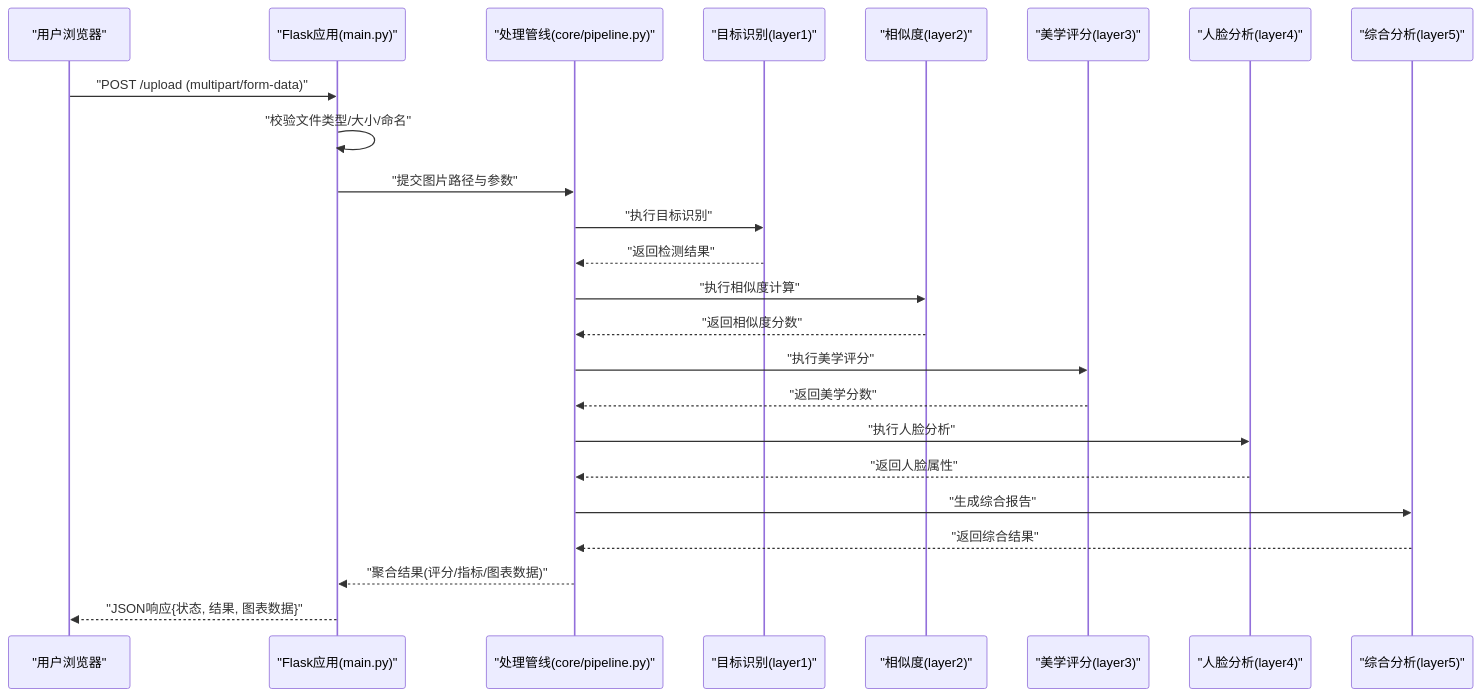
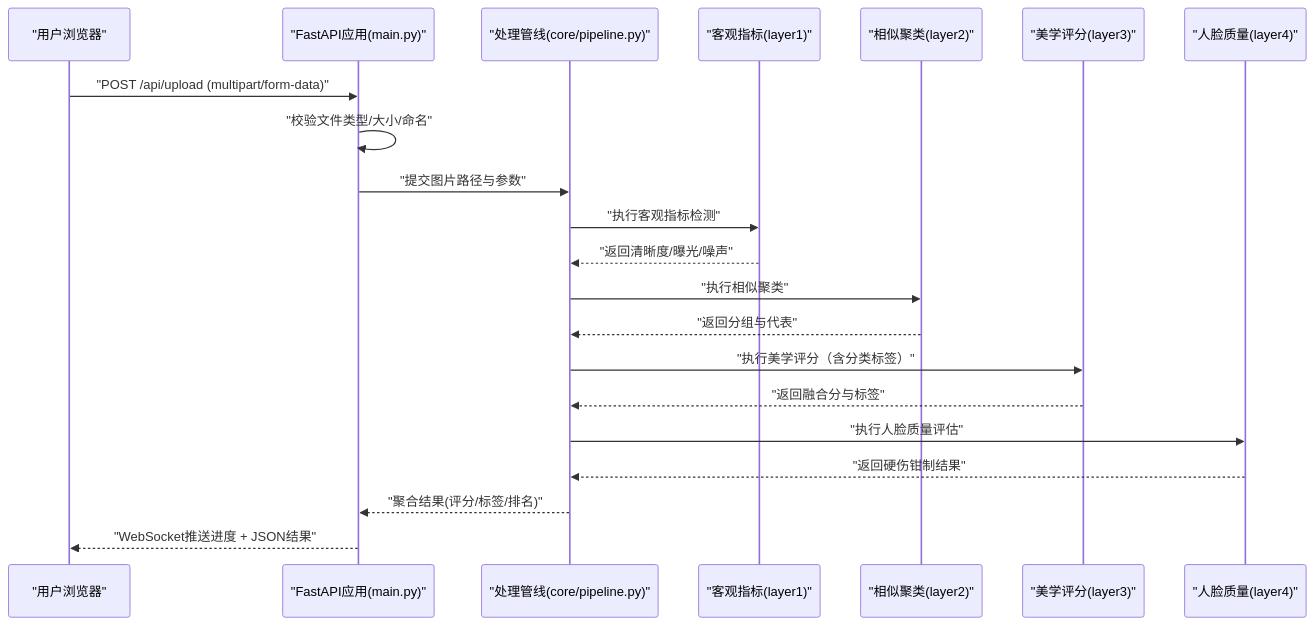
Before and after one commit to Frankynwa/photo-rank: the second of 7 diagrams in wiki/Web界面系统.md, drawn with Mermaid. The commit also changed other lines of this file and 7 other files, not shown here.

````diff
--- a/wiki/Web界面系统.md
+++ b/wiki/Web界面系统.md
@@ -120,26 +119,23 @@
 ```mermaid
 sequenceDiagram
 participant U as "用户浏览器"
-participant F as "Flask应用(main.py)"
+participant F as "FastAPI应用(main.py)"
 participant P as "处理管线(core/pipeline.py)"
-participant L1 as "目标识别(layer1)"
-participant L2 as "相似度(layer2)"
+participant L1 as "客观指标(layer1)"
+participant L2 as "相似聚类(layer2)"
 participant L3 as "美学评分(layer3)"
-participant L4 as "人脸分析(layer4)"
-participant L5 as "综合分析(layer5)"
-U->>F : "POST /upload (multipart/form-data)"
+participant L4 as "人脸质量(layer4)"
+U->>F : "POST /api/upload (multipart/form-data)"
 F->>F : "校验文件类型/大小/命名"
 F->>P : "提交图片路径与参数"
-P->>L1 : "执行目标识别"
-L1-->>P : "返回检测结果"
-P->>L2 : "执行相似度计算"
-L2-->>P : "返回相似度分数"
-P->>L3 : "执行美学评分"
-L3-->>P : "返回美学分数"
-P->>L4 : "执行人脸分析"
-L4-->>P : "返回人脸属性"
-P->>L5 : "生成综合报告"
-L5-->>P : "返回综合结果"
-P-->>F : "聚合结果(评分/指标/图表数据)"
-F-->>U : "JSON响应{状态, 结果, 图表数据}"
+P->>L1 : "执行客观指标检测"
+L1-->>P : "返回清晰度/曝光/噪声"
+P->>L2 : "执行相似聚类"
+L2-->>P : "返回分组与代表"
+P->>L3 : "执行美学评分（含分类标签）"
+L3-->>P : "返回融合分与标签"
+P->>L4 : "执行人脸质量评估"
+L4-->>P : "返回硬伤钳制结果"
+P-->>F : "聚合结果(评分/标签/排名)"
+F-->>U : "WebSocket推送进度 + JSON结果"
 ```
````
